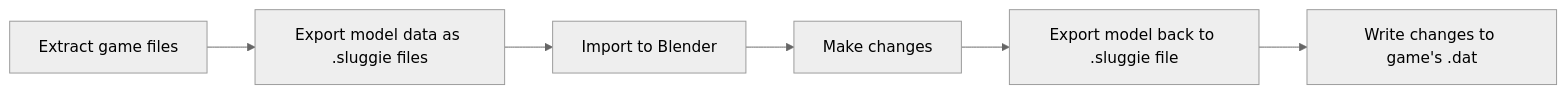
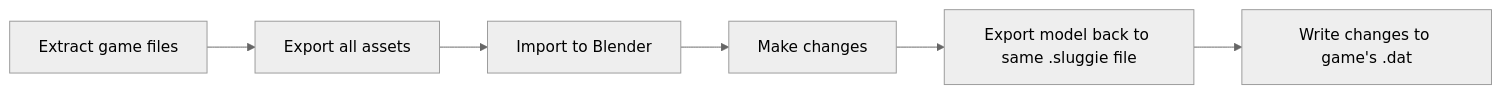
Before and after one commit to Jaws-git/Sluggies-dat-tools: the diagram in README.md, drawn with Mermaid (neutral theme). The commit also changed other lines of this file and 53 other files, not shown here.

````diff
--- a/README.md
+++ b/README.md
@@ -56,8 +59,8 @@
 ```mermaid
 flowchart LR
-    A[Extract game files] --> B[Export model data as .sluggie files]
+    A[Extract game files] --> B[Export all assets]
     B --> C[Import to Blender]
     C --> D[Make changes]
-    D --> E[Export model back to .sluggie file]
+    D --> E[Export model back to same .sluggie file]
     E --> F[Write changes to game's .dat]
 ```
````
